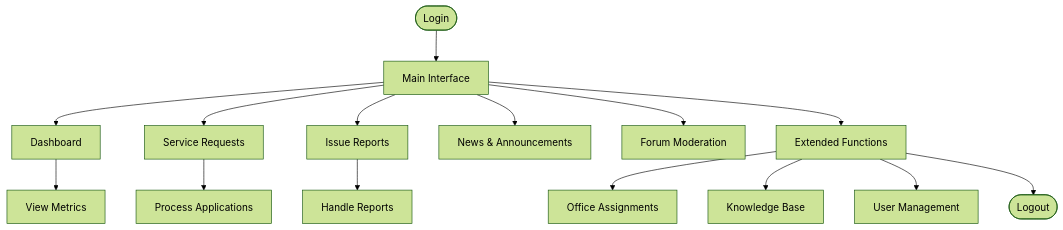
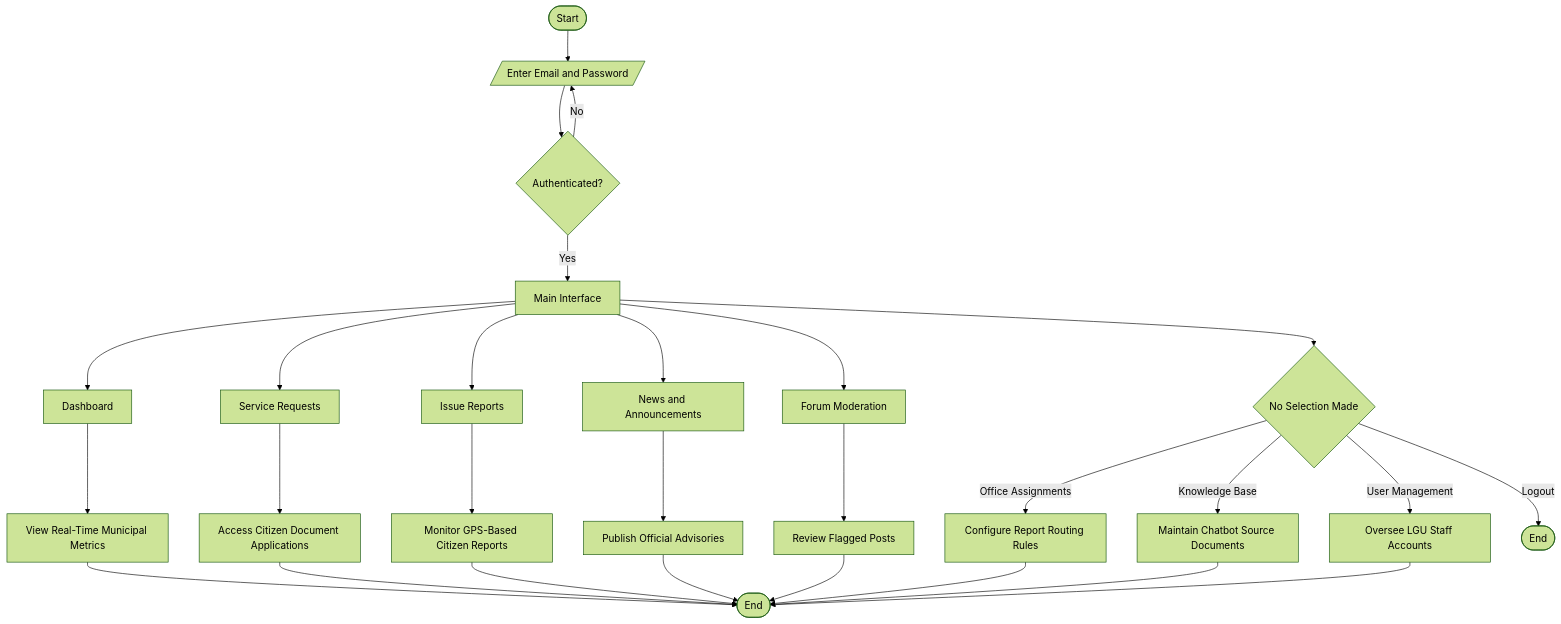
One commit to MellowLaw/AGAPP changed the fourth of 25 diagrams in Manuscript/diagrams.md. Above: the diagram before and after it, drawn with Mermaid (forest theme). The commit also changed other lines of this file and 1 other file, not shown here.

Commit message:
feat: update diagrams and figures documentation with detailed flowcharts and wireframes for AGAPP

````diff
--- a/Manuscript/diagrams.md
+++ b/Manuscript/diagrams.md
@@ -91,19 +117,35 @@
 ```mermaid
 flowchart TD
-    Start([Login]) --> Main[Main Interface]
+    Start([Start]) --> Login[/Enter Email and Password/]
+    Login --> Auth{Authenticated?}
+    Auth -->|No| Login
+    Auth -->|Yes| Main[Main Interface]
+
     Main --> Dash[Dashboard]
     Main --> SR[Service Requests]
     Main --> IR[Issue Reports]
-    Main --> News[News & Announcements]
+    Main --> News[News and Announcements]
     Main --> Forum[Forum Moderation]
-    Main --> Ext[Extended Functions]
-    
-    Ext --> OA[Office Assignments]
-    Ext --> KB[Knowledge Base]
-    Ext --> UM[User Management]
-    Ext --> Logout([Logout])
-    
-    Dash --> Metrics[View Metrics]
-    SR --> Process[Process Applications]
-    IR --> Handle[Handle Reports]
+    Main --> Ext{No Selection Made}
+
+    Dash --> Metrics[View Real-Time Municipal Metrics]
+    SR --> Queue[Access Citizen Document Applications]
+    IR --> MapQueue[Monitor GPS-Based Citizen Reports]
+
+    News --> Publish[Publish Official Advisories]
+    Forum --> Moderate[Review Flagged Posts]
+
+    Ext -->|Office Assignments| OA[Configure Report Routing Rules]
+    Ext -->|Knowledge Base| KB[Maintain Chatbot Source Documents]
+    Ext -->|User Management| UM[Oversee LGU Staff Accounts]
+    Ext -->|Logout| Logout([End])
+
+    Metrics --> Done([End])
+    Queue --> Done
+    MapQueue --> Done
+    Publish --> Done
+    Moderate --> Done
+    OA --> Done
+    KB --> Done
+    UM --> Done
 ```
````
